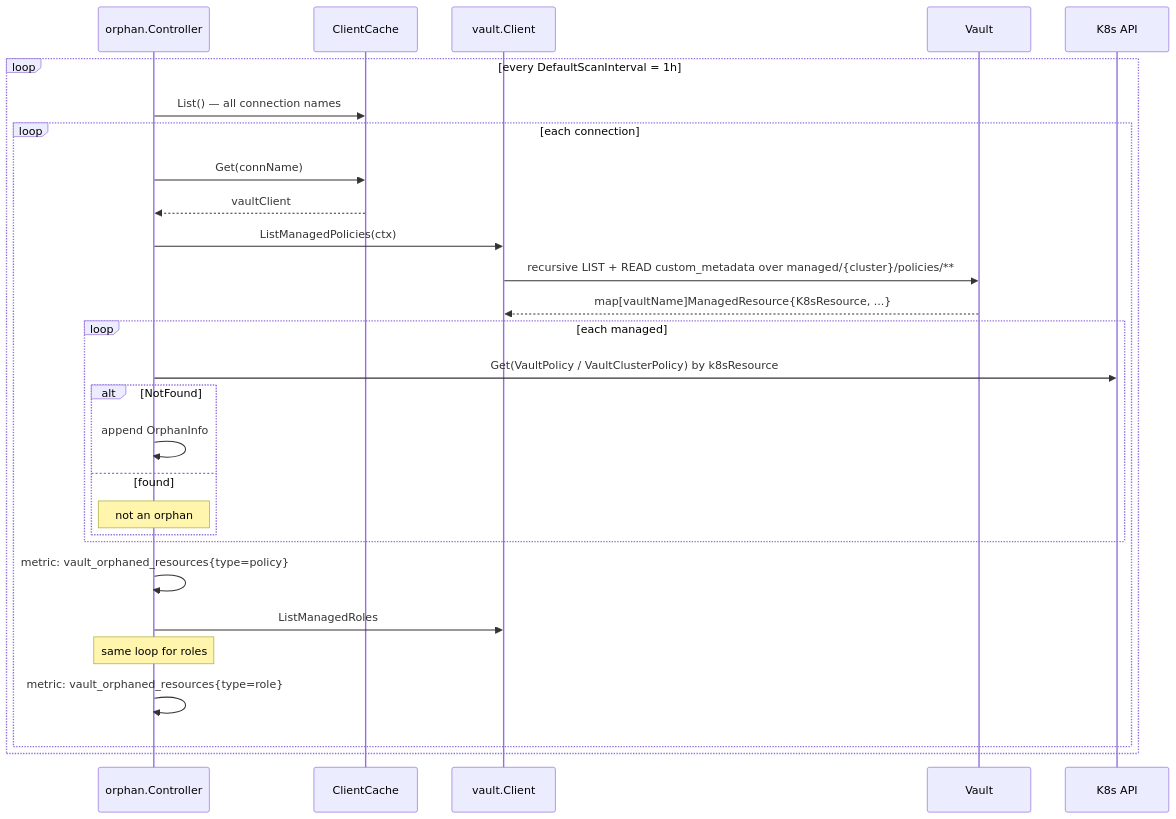
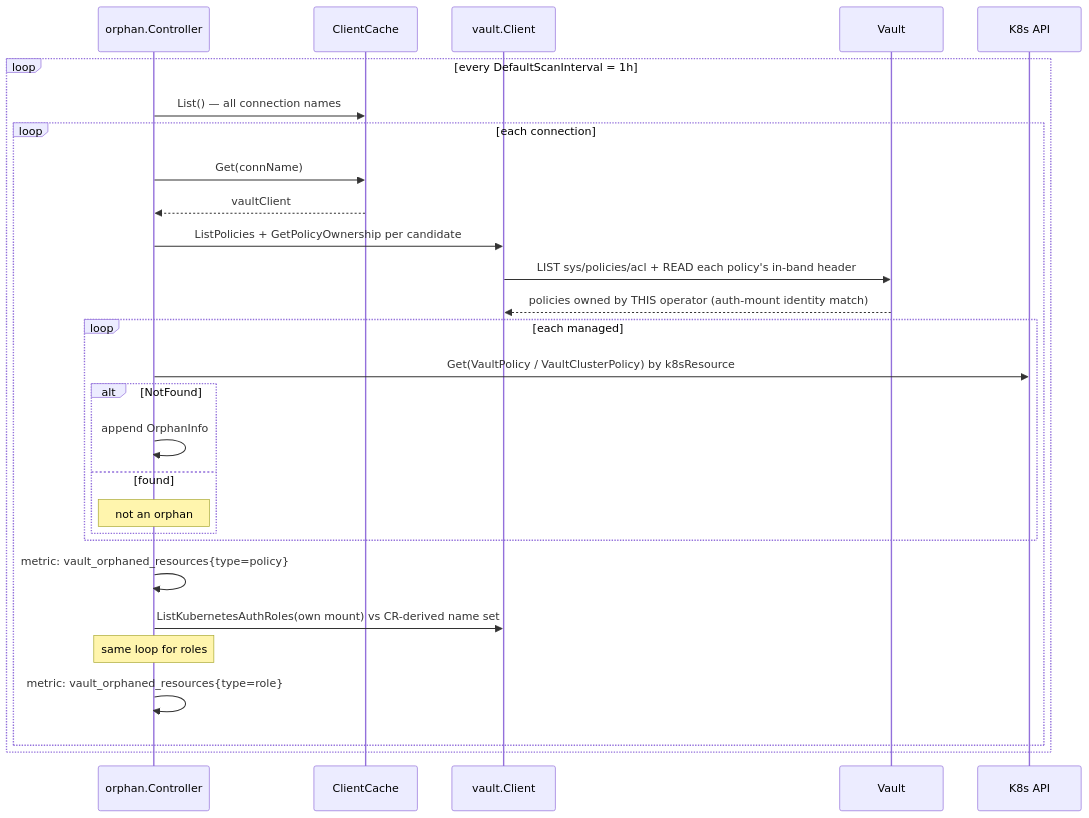
One commit to panteparak/vault-access-operator changed the third of 3 diagrams in docs/internal/FLOW_DELETION.md. Above: the diagram before and after it, drawn with Mermaid. The commit also changed other lines of this file and 55 other files, not shown here.

First line of the commit message:
feat(markers)!: in-band ownership markers on the managed Vault objects (#10)

````diff
--- a/docs/internal/FLOW_DELETION.md
+++ b/docs/internal/FLOW_DELETION.md
@@ -169,32 +167,32 @@
 ```mermaid
 sequenceDiagram
     participant C as orphan.Controller
     participant Cache as ClientCache
     participant VC as vault.Client
     participant V as Vault
     participant K8s as K8s API
 
     loop every DefaultScanInterval = 1h
         C->>Cache: List() — all connection names
         loop each connection
             C->>Cache: Get(connName)
             Cache-->>C: vaultClient
-            C->>VC: ListManagedPolicies(ctx)
-            VC->>V: recursive LIST + READ custom_metadata over managed/{cluster}/policies/**
-            V-->>VC: map[vaultName]ManagedResource{K8sResource, ...}
+            C->>VC: ListPolicies + GetPolicyOwnership per candidate
+            VC->>V: LIST sys/policies/acl + READ each policy's in-band header
+            V-->>VC: policies owned by THIS operator (auth-mount identity match)
             loop each managed
                 C->>K8s: Get(VaultPolicy / VaultClusterPolicy) by k8sResource
                 alt NotFound
                     C->>C: append OrphanInfo
                 else found
                     Note over C: not an orphan
                 end
             end
             C->>C: metric: vault_orphaned_resources{type=policy}
 
-            C->>VC: ListManagedRoles
+            C->>VC: ListKubernetesAuthRoles(own mount) vs CR-derived name set
             Note over C: same loop for roles
             C->>C: metric: vault_orphaned_resources{type=role}
         end
     end
 ```
````
